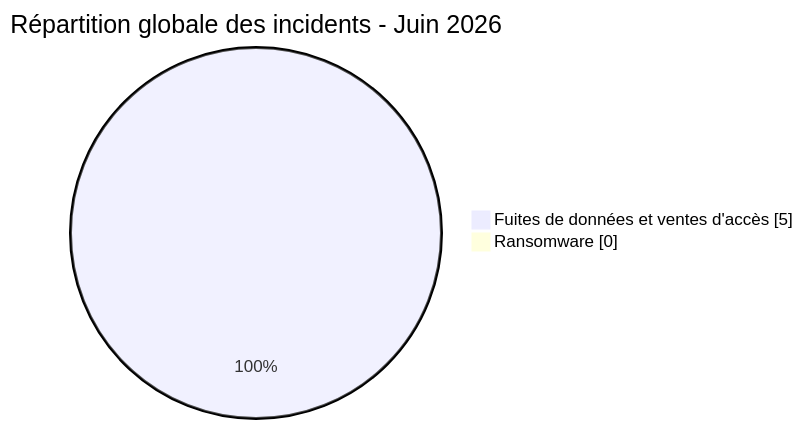
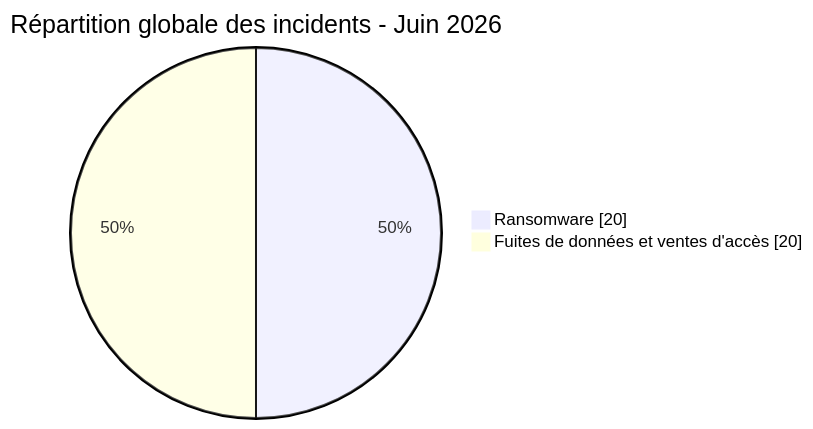
One commit to Hatchepsoute/AFRINTEL changed the first of 7 diagrams in statistics/2026/06-june/README_FR.md. Above: the diagram before and after it, drawn with Mermaid. The commit also changed other lines of this file and 18 other files, not shown here.

````diff
--- a/statistics/2026/06-june/README_FR.md
+++ b/statistics/2026/06-june/README_FR.md
@@ -43,6 +44,6 @@
 ```mermaid
 pie showData
     title Répartition globale des incidents - Juin 2026
-    "Fuites de données et ventes d'accès" : 5
-    "Ransomware" : 0
+    "Ransomware" : 20
+    "Fuites de données et ventes d'accès" : 20
 ```
````
